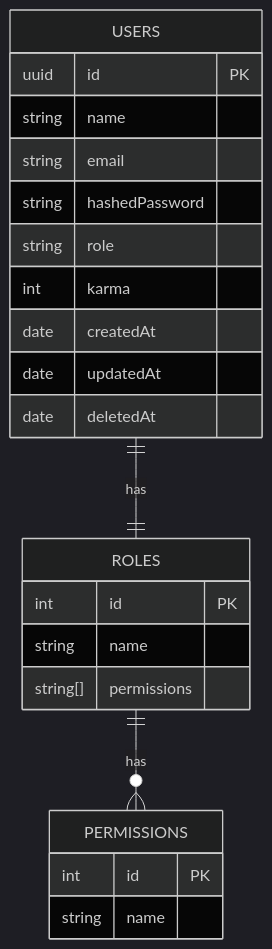
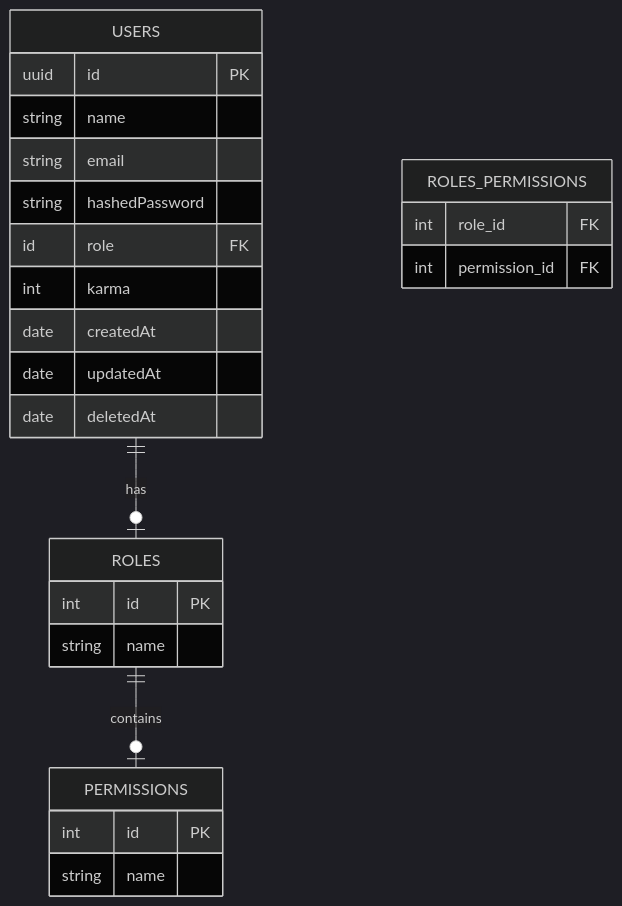
Before and after one commit to akaenrico/bricky: the diagram in README.md, drawn with Mermaid.

Commit message:
Fixes database relations
I hope this is the right visualization

````diff
--- a/README.md
+++ b/README.md
@@ -58,30 +58,34 @@
 ```mermaid
 ---
 config:
   theme: dark
 ---
 erDiagram
     USERS {
         uuid    id              PK
         string  name
         string  email
         string  hashedPassword
-        string  role
+        id      role            FK
         int     karma
         date    createdAt
         date    updatedAt
         date    deletedAt
         
     }
-    USERS ||--|| ROLES : has
+    USERS ||--o| ROLES : has
     ROLES {
         int         id          PK
         string      name
-        string[]    permissions
     }
-    ROLES ||--o{ PERMISSIONS : has
+    ROLES ||--o| PERMISSIONS : contains
     PERMISSIONS {
         int     id      PK
         string  name
     }
+    ROLES_PERMISSIONS {
+        int role_id         FK
+        int permission_id   FK
+    }
+
 ```
````
